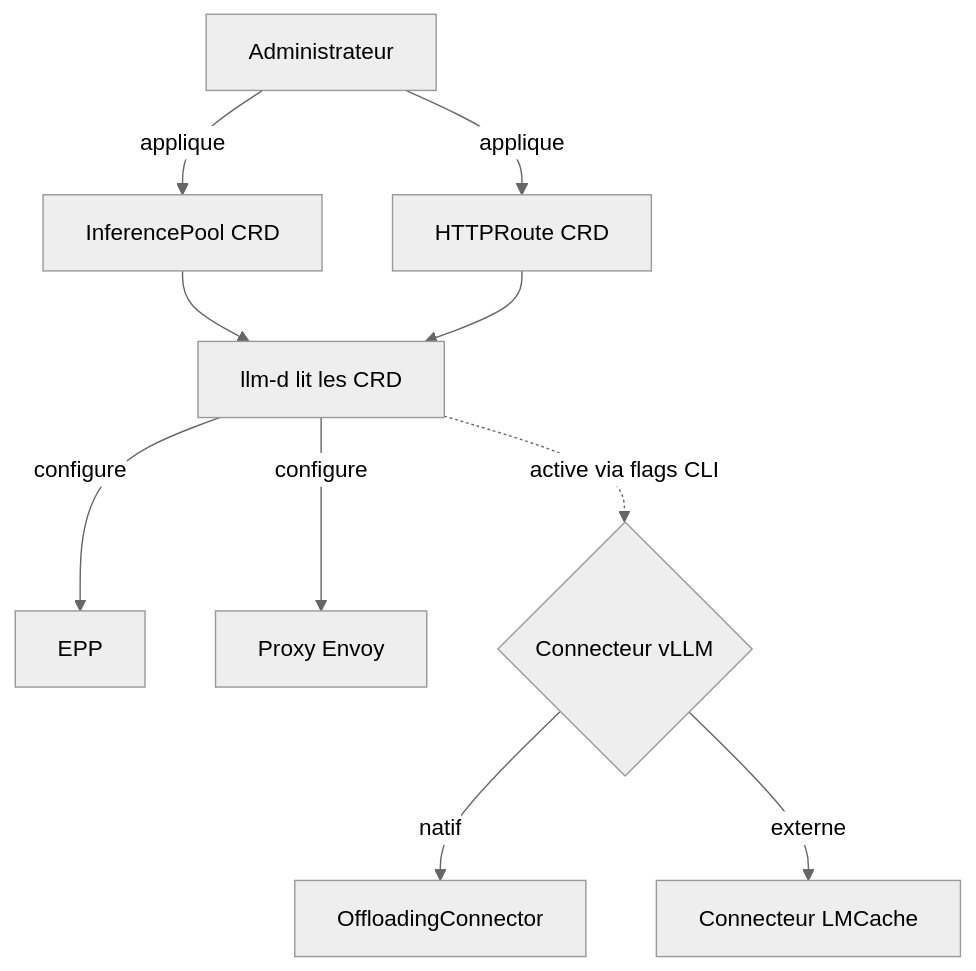
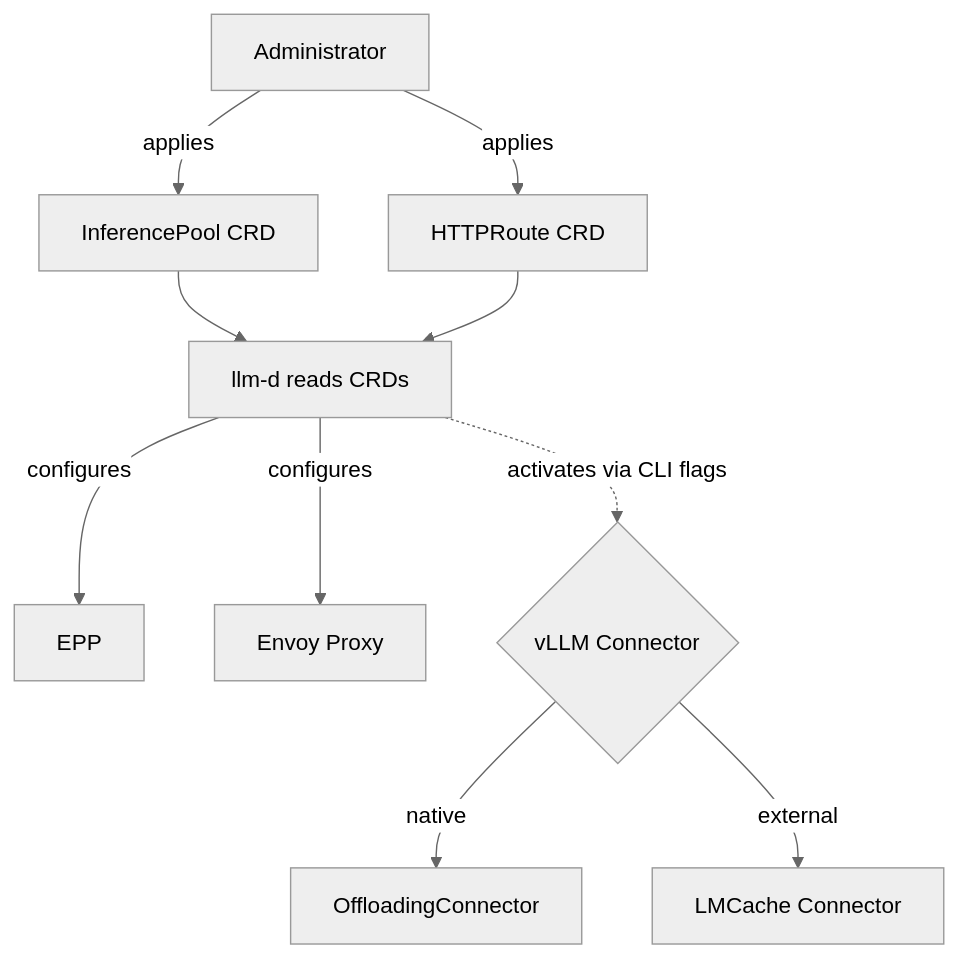
One commit to ADORSYS-GIS/Custom-Ai-Ops changed diagram 12 of 26 in docs/explain/llm-d.md. Above: the diagram before and after it, drawn with Mermaid (neutral theme). The commit also changed other lines of this file, not shown here.

Commit message:
feat(Custom-AI-Ops): llm-d explaind and  full implementation

````diff
--- a/docs/explain/llm-d.md
+++ b/docs/explain/llm-d.md
@@ -440,12 +440,12 @@
 ```mermaid
 flowchart TB
-    Admin[Administrateur] -->|applique| CR1[InferencePool CRD]
-    Admin -->|applique| CR2[HTTPRoute CRD]
-    CR1 --> LLMD[llm-d lit les CRD]
+    Admin[Administrator] -->|applies| CR1[InferencePool CRD]
+    Admin -->|applies| CR2[HTTPRoute CRD]
+    CR1 --> LLMD[llm-d reads CRDs]
     CR2 --> LLMD
-    LLMD -->|configure| EPP3[EPP]
-    LLMD -->|configure| Proxy3[Proxy Envoy]
-    LLMD -.active via flags CLI.-> Conn{Connecteur vLLM}
-    Conn -->|natif| Off[OffloadingConnector]
-    Conn -->|externe| LMC[Connecteur LMCache]
+    LLMD -->|configures| EPP3[EPP]
+    LLMD -->|configures| Proxy3[Envoy Proxy]
+    LLMD -.activates via CLI flags.-> Conn{vLLM Connector}
+    Conn -->|native| Off[OffloadingConnector]
+    Conn -->|external| LMC[LMCache Connector]
 ```
````
